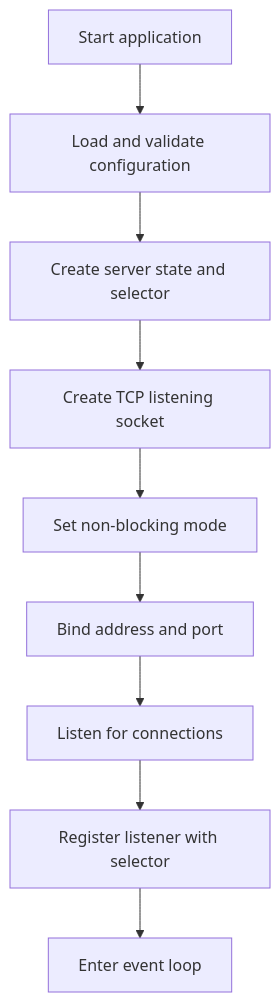
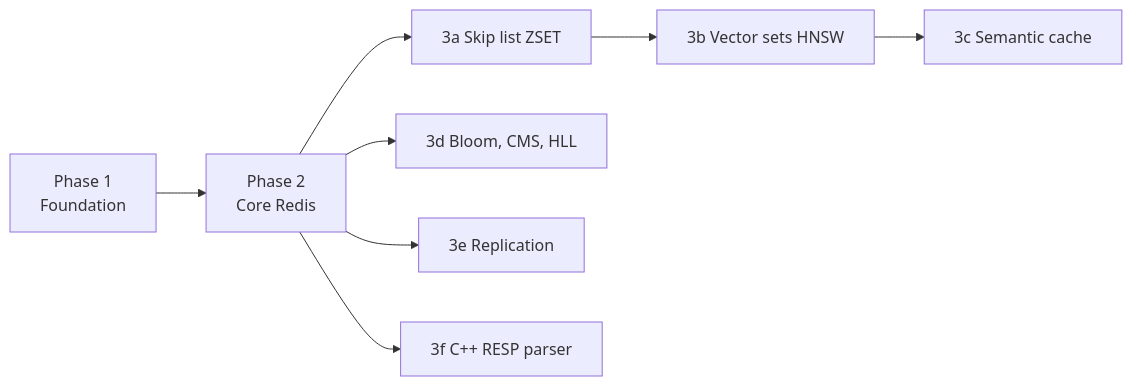
Before and after one commit to HuyDoan-2112/redis-from-scratch: the second of 2 diagrams in docs/architecture.md, drawn with Mermaid. The commit also changed other lines of this file and 7 other files, not shown here.

````diff
--- a/docs/architecture.md
+++ b/docs/architecture.md
@@ -88,11 +186,10 @@
 ```mermaid
-flowchart TD
-    A[Start application] --> B[Load and validate configuration]
-    B --> C[Create server state and selector]
-    C --> D[Create TCP listening socket]
-    D --> E[Set non-blocking mode]
-    E --> F[Bind address and port]
-    F --> G[Listen for connections]
-    G --> H[Register listener with selector]
-    H --> I[Enter event loop]
+flowchart LR
+    P1[Phase 1<br/>Foundation] --> P2[Phase 2<br/>Core Redis]
+    P2 --> Z[3a Skip list ZSET]
+    Z --> V[3b Vector sets HNSW]
+    V --> S[3c Semantic cache]
+    P2 --> B[3d Bloom, CMS, HLL]
+    P2 --> R[3e Replication]
+    P2 --> X[3f C++ RESP parser]
 ```
````
